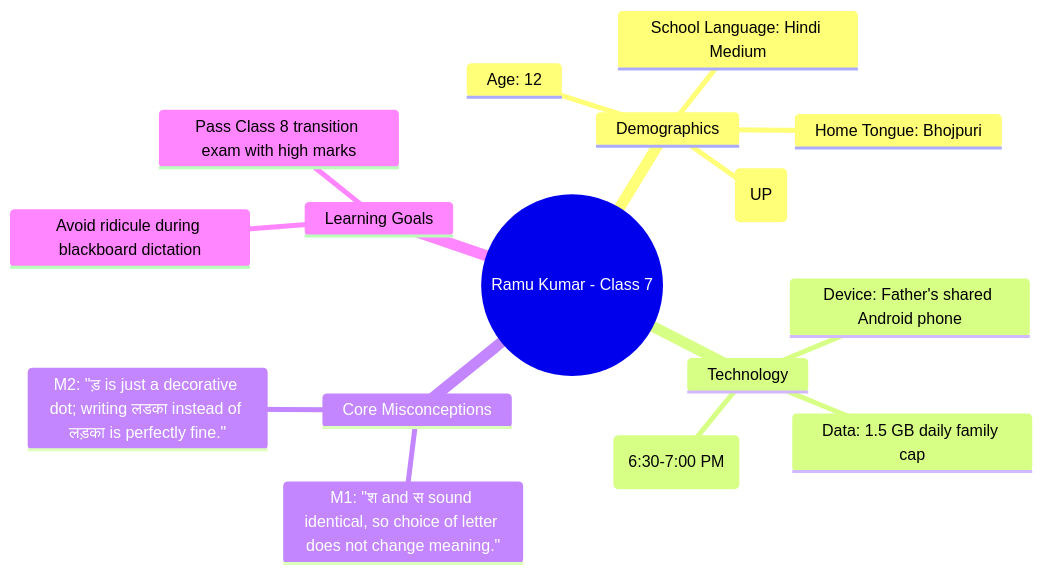
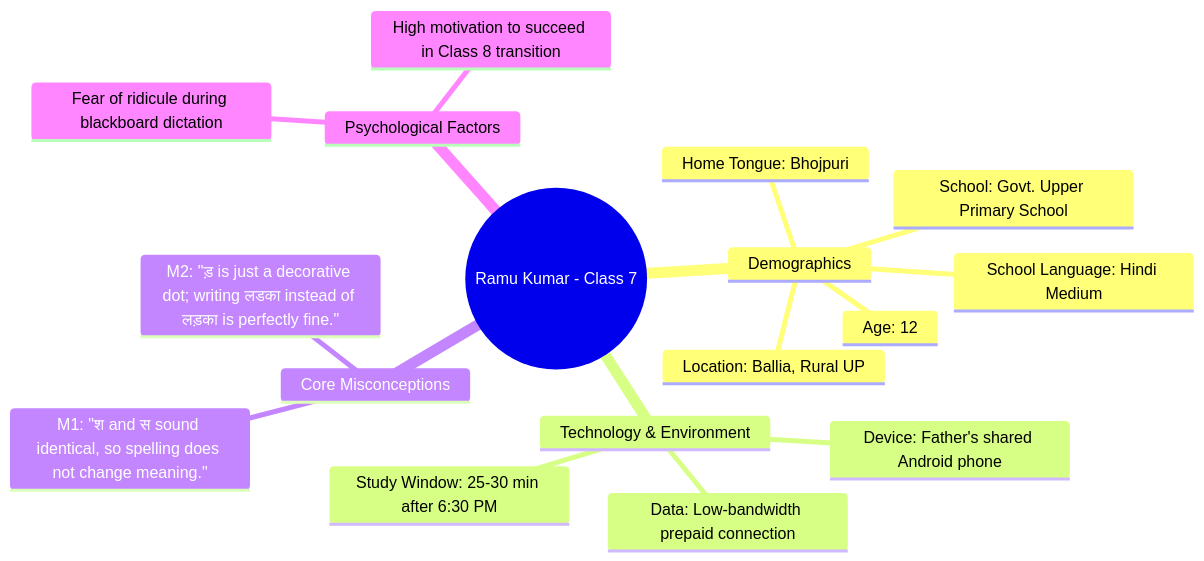
The diagram in FINAL_SUBMISSION.md (GarvitGarg2005/et617-endsem-24b1297), drawn with Mermaid before and after one commit. The commit also changed other lines of this file and 1 other file, not shown here.

````diff
--- a/FINAL_SUBMISSION.md
+++ b/FINAL_SUBMISSION.md
@@ -40,19 +40,20 @@
 ```mermaid
 mindmap
   root((Ramu Kumar - Class 7))
     Demographics
       Age: 12
-      School: Govt. Upper Primary School, Ballia (UP)
+      Location: Ballia, Rural UP
+      School: Govt. Upper Primary School
       Home Tongue: Bhojpuri
       School Language: Hindi Medium
-    Technology
+    Technology & Environment
       Device: Father's shared Android phone
-      Data: 1.5 GB daily family cap
-      Usage Time: 25 min after farm work (6:30-7:00 PM)
+      Study Window: 25-30 min after 6:30 PM
+      Data: Low-bandwidth prepaid connection
     Core Misconceptions
-      M1: "श and स sound identical, so choice of letter does not change meaning."
+      M1: "श and स sound identical, so spelling does not change meaning."
       M2: "ड़ is just a decorative dot; writing लडका instead of लड़का is perfectly fine."
-    Learning Goals
-      Avoid ridicule during blackboard dictation
-      Pass Class 8 transition exam with high marks
+    Psychological Factors
+      Fear of ridicule during blackboard dictation
+      High motivation to succeed in Class 8 transition
 ```
````
